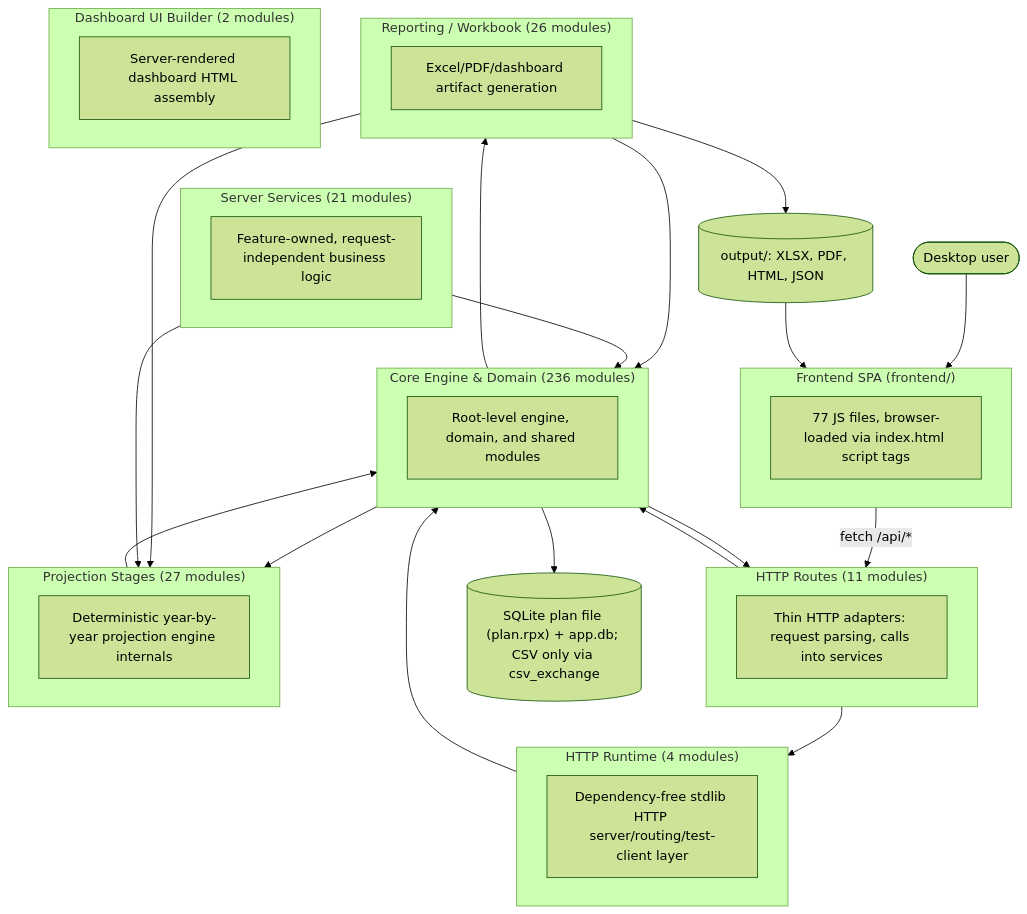
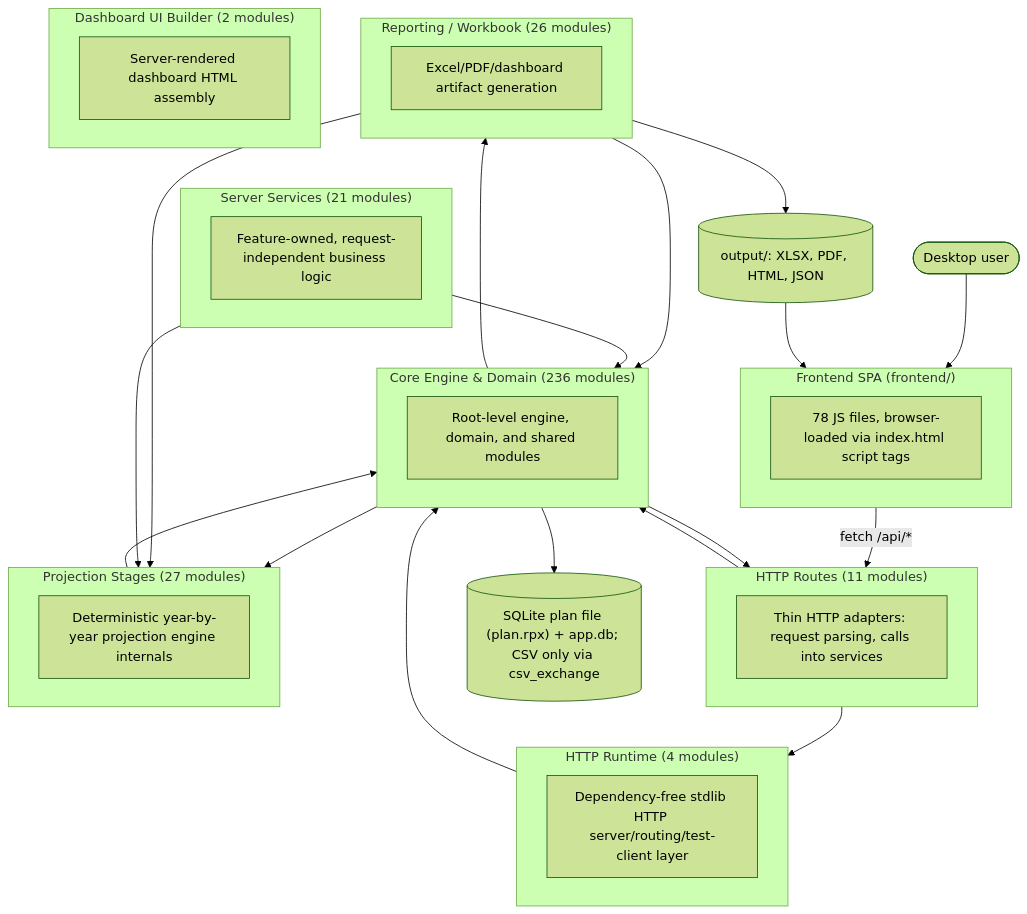
Before and after one commit to matthartzman/retirement_system: the first of 2 diagrams in documentation/reference/SYSTEM_ARCHITECTURE_DIAGRAM.md, drawn with Mermaid (forest theme). The commit also changed other lines of this file and 7 other files, not shown here.

````diff
--- a/documentation/reference/SYSTEM_ARCHITECTURE_DIAGRAM.md
+++ b/documentation/reference/SYSTEM_ARCHITECTURE_DIAGRAM.md
@@ -11,43 +11,43 @@
 ```mermaid
 flowchart TB
     User(["Desktop user"]) --> FE
     subgraph FE["Frontend SPA (frontend/)"]
-        FEcount["77 JS files, browser-loaded via index.html script tags"]
+        FEcount["78 JS files, browser-loaded via index.html script tags"]
     end
     FE -->|fetch /api/*| L_HTTP_Routes
     subgraph L_HTTP_Routes["HTTP Routes (11 modules)"]
         L_HTTP_Routes_d["Thin HTTP adapters: request parsing, calls into services"]
     end
     subgraph L_Server_Services["Server Services (21 modules)"]
         L_Server_Services_d["Feature-owned, request-independent business logic"]
     end
     subgraph L_HTTP_Runtime["HTTP Runtime (4 modules)"]
         L_HTTP_Runtime_d["Dependency-free stdlib HTTP server/routing/test-client layer"]
     end
     subgraph L_Core_Engine___Domain["Core Engine & Domain (236 modules)"]
         L_Core_Engine___Domain_d["Root-level engine, domain, and shared modules"]
     end
     subgraph L_Projection_Stages["Projection Stages (27 modules)"]
         L_Projection_Stages_d["Deterministic year-by-year projection engine internals"]
     end
     subgraph L_Reporting___Workbook["Reporting / Workbook (26 modules)"]
         L_Reporting___Workbook_d["Excel/PDF/dashboard artifact generation"]
     end
     subgraph L_Dashboard_UI_Builder["Dashboard UI Builder (2 modules)"]
         L_Dashboard_UI_Builder_d["Server-rendered dashboard HTML assembly"]
     end
     L_Core_Engine___Domain --> L_HTTP_Routes
     L_Core_Engine___Domain --> L_Projection_Stages
     L_Core_Engine___Domain --> L_Reporting___Workbook
     L_HTTP_Routes --> L_Core_Engine___Domain
     L_HTTP_Routes --> L_HTTP_Runtime
     L_HTTP_Runtime --> L_Core_Engine___Domain
     L_Projection_Stages --> L_Core_Engine___Domain
     L_Reporting___Workbook --> L_Core_Engine___Domain
     L_Reporting___Workbook --> L_Projection_Stages
     L_Server_Services --> L_Core_Engine___Domain
     L_Server_Services --> L_Projection_Stages
     L_Core_Engine___Domain --> DB[("SQLite plan file (plan.rpx) + app.db; CSV only via csv_exchange")]
     L_Reporting___Workbook --> Outputs[("output/: XLSX, PDF, HTML, JSON")]
     Outputs --> FE
 ```
````
